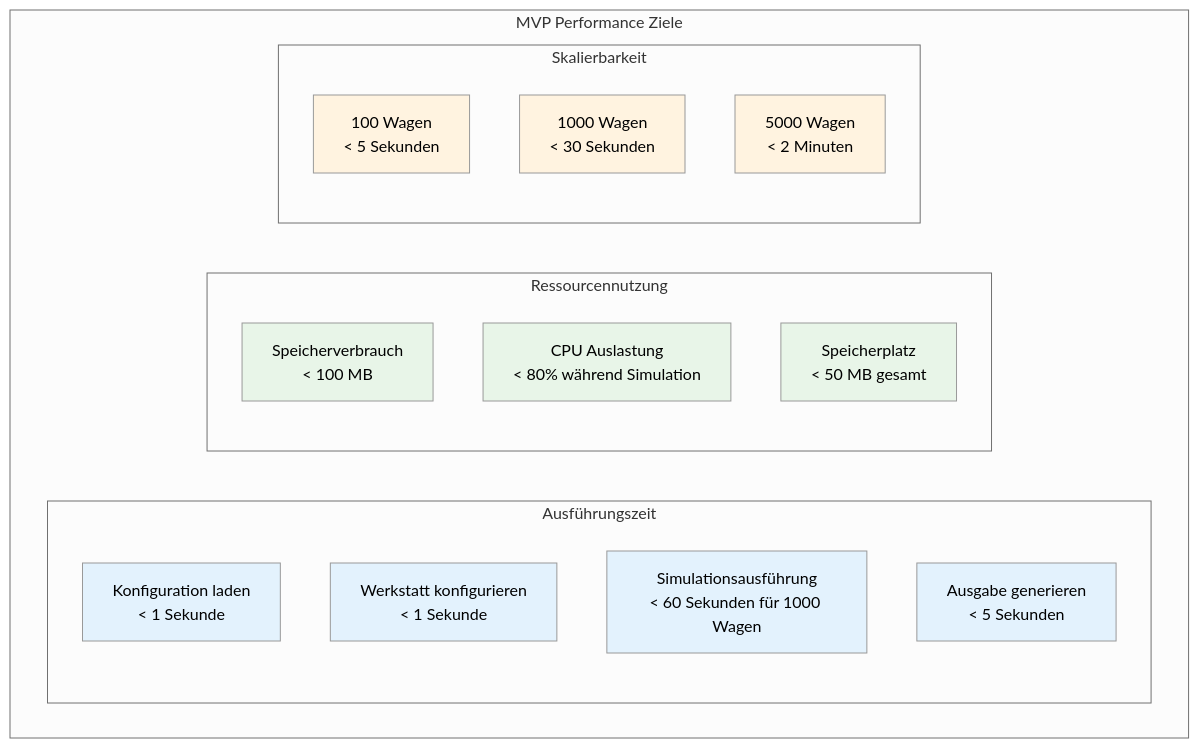
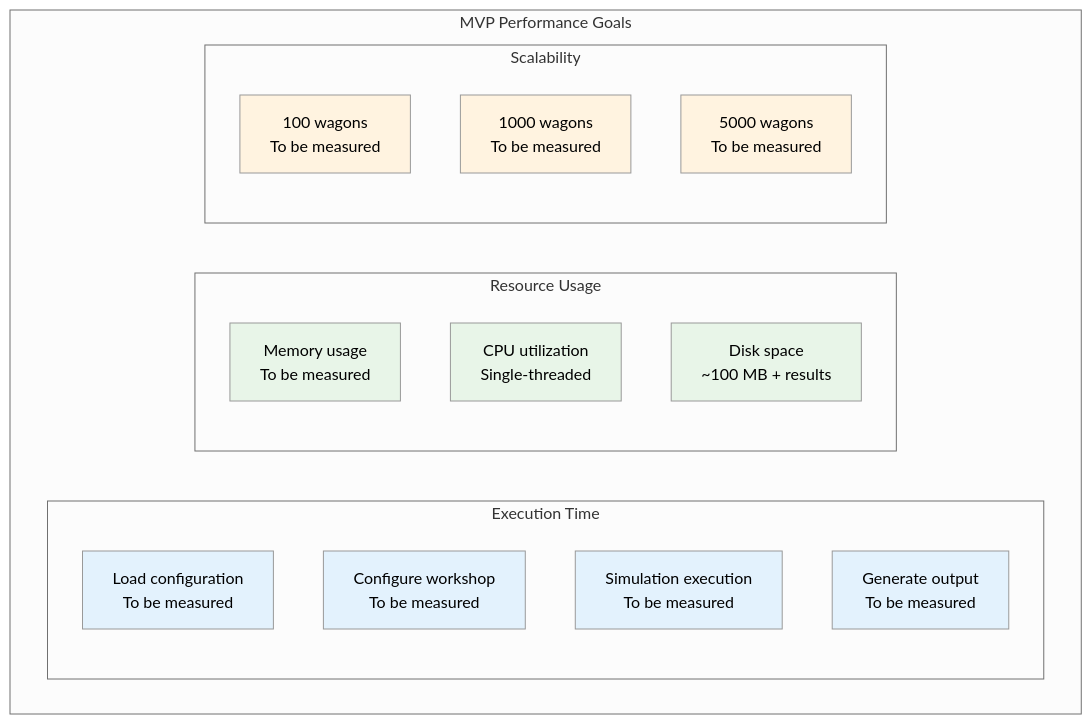
The first of 6 diagrams in docs/mvp/architecture/10-quality-requirements.md (OpenRailAssociation/dac-migration-dss-popupsim), drawn with Mermaid (neutral theme) before and after one commit. The commit also changed other lines of this file and 19 other files, not shown here.

First line of the commit message:
docs(pages): 📝 update MVP architecture

````diff
--- a/docs/mvp/architecture/10-quality-requirements.md
+++ b/docs/mvp/architecture/10-quality-requirements.md
@@ -19,31 +23,31 @@
 ```mermaid
 graph TB
-    subgraph "MVP Performance Ziele"
-        subgraph "Ausführungszeit"
-            Config[Konfiguration laden<br/>< 1 Sekunde]
-            Setup[Werkstatt konfigurieren<br/>< 1 Sekunde]
-            Sim[Simulationsausführung<br/>< 60 Sekunden für 1000 Wagen]
-            Output[Ausgabe generieren<br/>< 5 Sekunden]
+    subgraph "MVP Performance Goals"
+        subgraph "Execution Time"
+            Config[Load configuration<br/>To be measured]
+            Setup[Configure workshop<br/>To be measured]
+            Sim[Simulation execution<br/>To be measured]
+            Output[Generate output<br/>To be measured]
         end
 
-        subgraph "Ressourcennutzung"
-            Memory[Speicherverbrauch<br/>< 100 MB]
-            CPU[CPU Auslastung<br/>< 80% während Simulation]
-            Disk[Speicherplatz<br/>< 50 MB gesamt]
+        subgraph "Resource Usage"
+            Memory[Memory usage<br/>To be measured]
+            CPU[CPU utilization<br/>Single-threaded]
+            Disk[Disk space<br/>~100 MB + results]
         end
 
-        subgraph "Skalierbarkeit"
-            Small[100 Wagen<br/>< 5 Sekunden]
-            Medium[1000 Wagen<br/>< 30 Sekunden]
-            Large[5000 Wagen<br/>< 2 Minuten]
+        subgraph "Scalability"
+            Small[100 wagons<br/>To be measured]
+            Medium[1000 wagons<br/>To be measured]
+            Large[5000 wagons<br/>To be measured]
         end
     end
 
     classDef time fill:#e3f2fd
     classDef resource fill:#e8f5e8
     classDef scale fill:#fff3e0
 
     class Config,Setup,Sim,Output time
     class Memory,CPU,Disk resource
     class Small,Medium,Large scale
 ```
````
